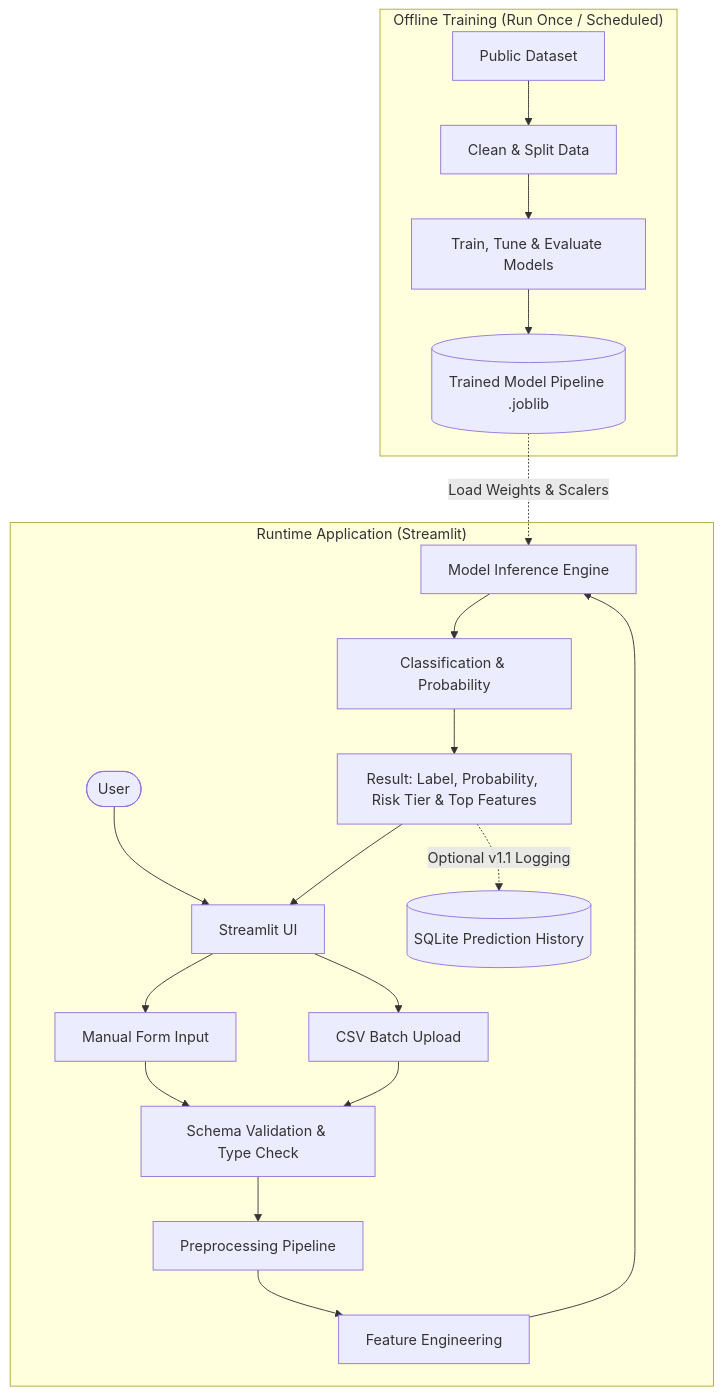
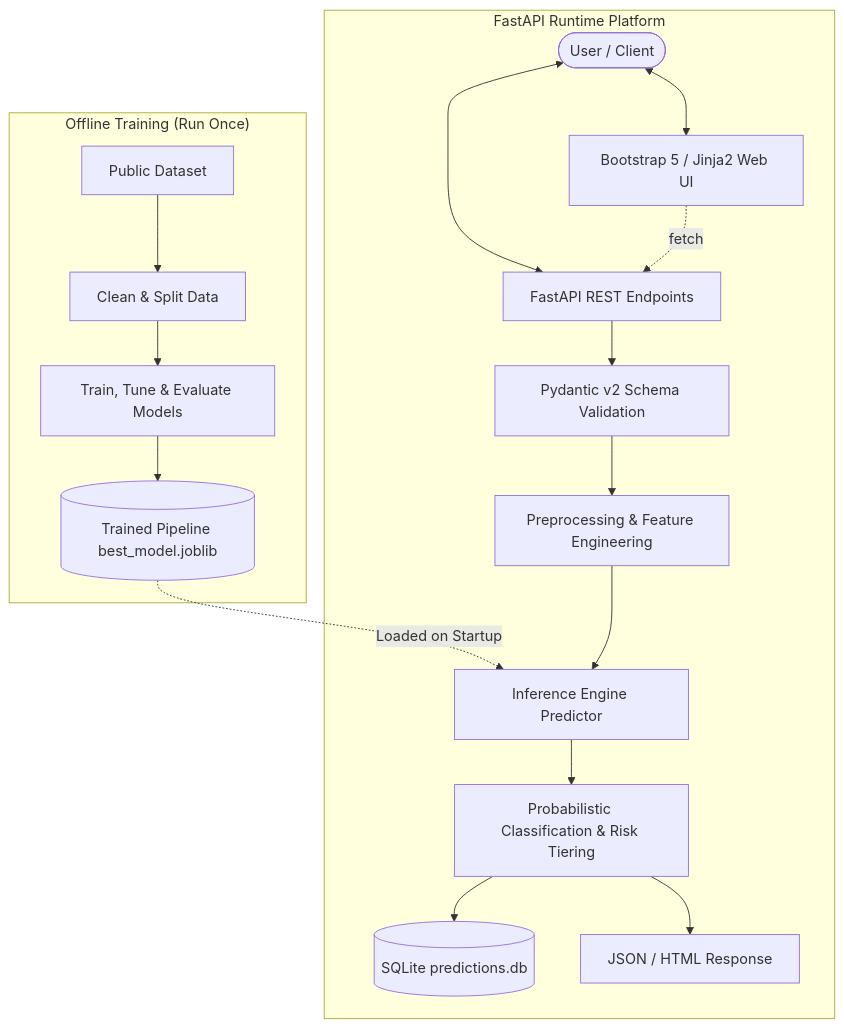
One commit to srajankulal27-aiml/Fake-Social-Media-Account-Detection changed the diagram in README.md. Above: the diagram before and after it, drawn with Mermaid. The commit also changed other lines of this file and 20 other files, not shown here.

````diff
--- a/README.md
+++ b/README.md
@@ -182,30 +134,25 @@
 ```mermaid
 flowchart TD
-    subgraph Offline_Training["Offline Training (Run Once / Scheduled)"]
+    subgraph Offline_Training["Offline Training (Run Once)"]
         D1[Public Dataset] --> D2[Clean & Split Data]
         D2 --> D3[Train, Tune & Evaluate Models]
-        D3 --> D4[(Trained Model Pipeline .joblib)]
+        D3 --> D4[(Trained Pipeline best_model.joblib)]
     end
 
-    subgraph User_Inference["Runtime Application (Streamlit)"]
-        U([User]) --> UI[Streamlit UI]
+    subgraph FastAPI_Runtime["FastAPI Runtime Platform"]
+        U([User / Client]) <--> UI[Bootstrap 5 / Jinja2 Web UI]
+        U <--> REST[FastAPI REST Endpoints]
         
-        UI --> M1[Manual Form Input]
-        UI --> M2[CSV Batch Upload]
+        UI -.->|fetch| REST
         
-        M1 --> VAL[Schema Validation & Type Check]
-        M2 --> VAL
+        REST --> VAL[Pydantic v2 Schema Validation]
+        VAL --> PRE[Preprocessing & Feature Engineering]
         
-        VAL --> PRE[Preprocessing Pipeline]
-        PRE --> FE[Feature Engineering]
+        D4 -.->|Loaded on Startup| INF[Inference Engine Predictor]
+        PRE --> INF
         
-        D4 -.->|Load Weights & Scalers| INF[Model Inference Engine]
-        FE --> INF
-        
-        INF --> CLS[Classification & Probability]
-        CLS --> OUT[Result: Label, Probability, Risk Tier & Top Features]
-        
-        OUT --> UI
-        OUT -.->|Optional v1.1 Logging| DB[(SQLite Prediction History)]
+        INF --> CLS[Probabilistic Classification & Risk Tiering]
+        CLS --> LOG[(SQLite predictions.db)]
+        CLS --> OUT[JSON / HTML Response]
     end
 ```
````
